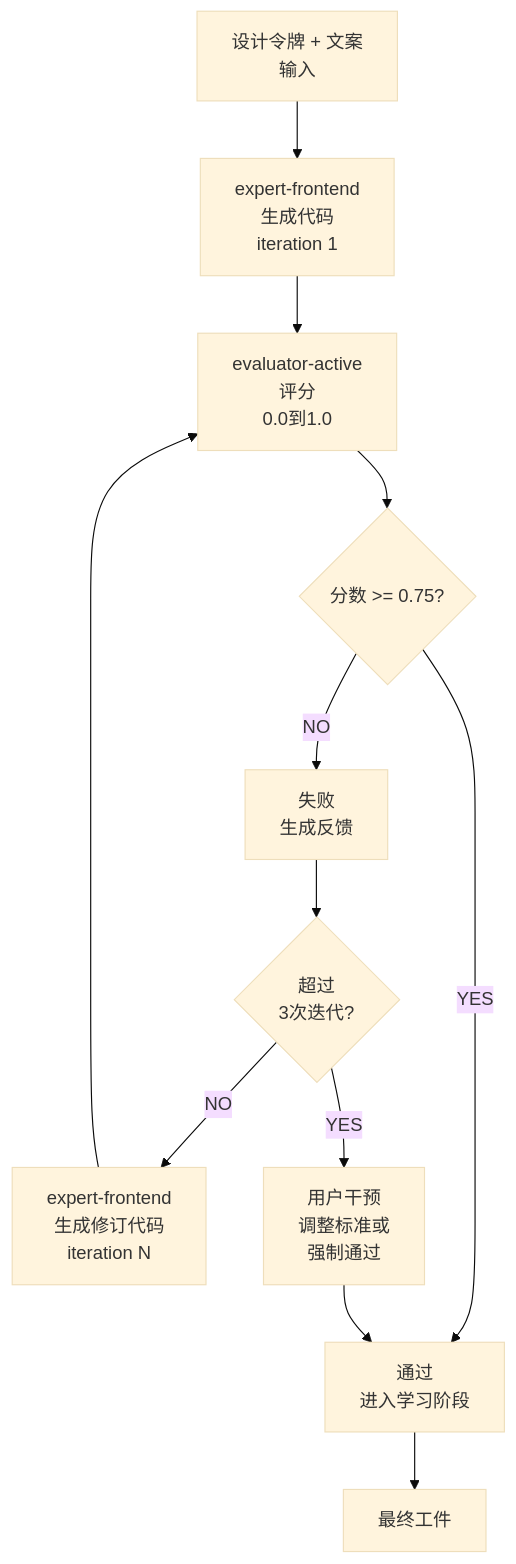
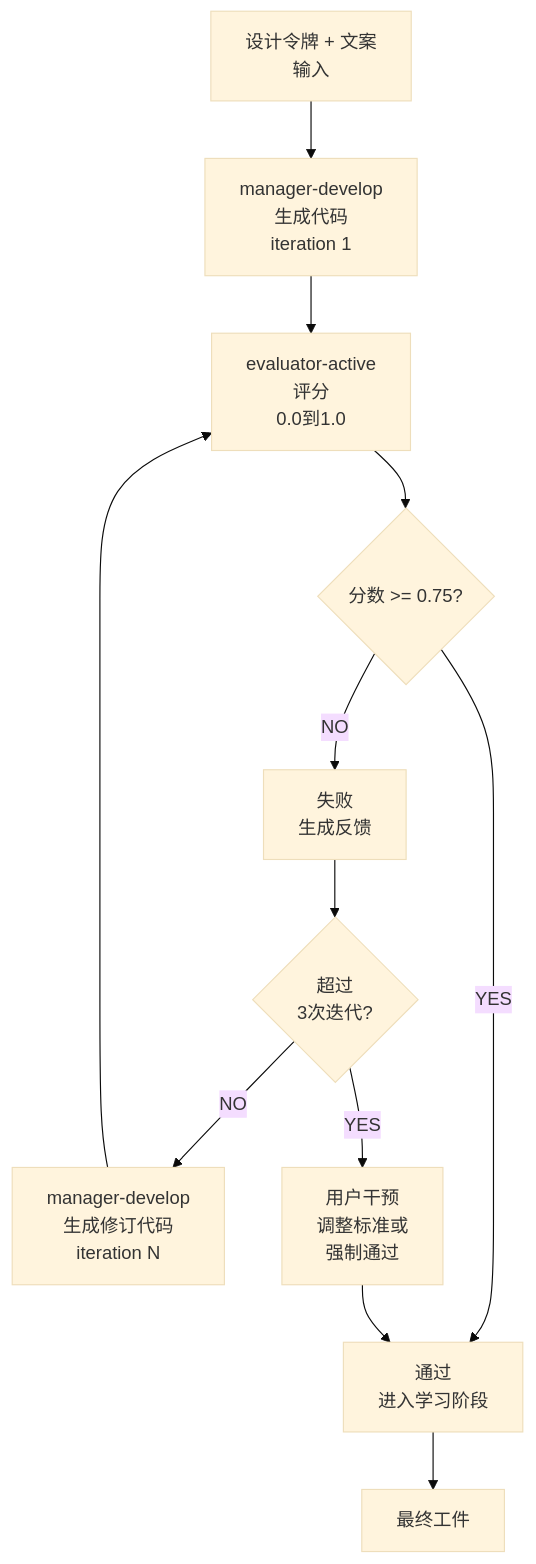
Before and after one commit to modu-ai/moai-adk: the diagram in docs-site/content/zh/design/gan-loop.md, drawn with Mermaid (base theme). The commit also changed other lines of this file and 153 other files, not shown here.

````diff
--- a/docs-site/content/zh/design/gan-loop.md
+++ b/docs-site/content/zh/design/gan-loop.md
@@ -14,14 +14,14 @@
 ```mermaid
 flowchart TD
-    A["设计令牌 + 文案<br>输入"] --> B["expert-frontend<br>生成代码<br>iteration 1"]
+    A["设计令牌 + 文案<br>输入"] --> B["manager-develop<br>生成代码<br>iteration 1"]
     B --> C["evaluator-active<br>评分<br>0.0到1.0"]
     C --> D{分数 >= 0.75?}
     D -->|YES| E["通过<br>进入学习阶段"]
     D -->|NO| F["失败<br>生成反馈"]
     F --> G{超过<br>3次迭代?}
-    G -->|NO| H["expert-frontend<br>生成修订代码<br>iteration N"]
+    G -->|NO| H["manager-develop<br>生成修订代码<br>iteration N"]
     H --> C
     G -->|YES| I["用户干预<br>调整标准或<br>强制通过"]
     I --> E
     E --> J["最终工件"]
 ```
````
